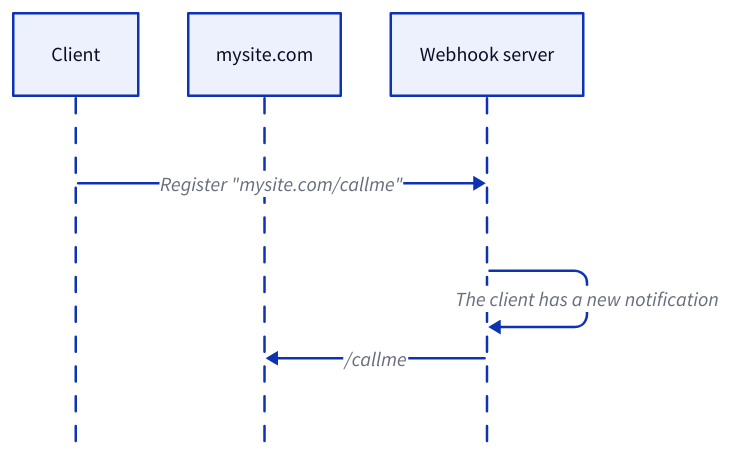
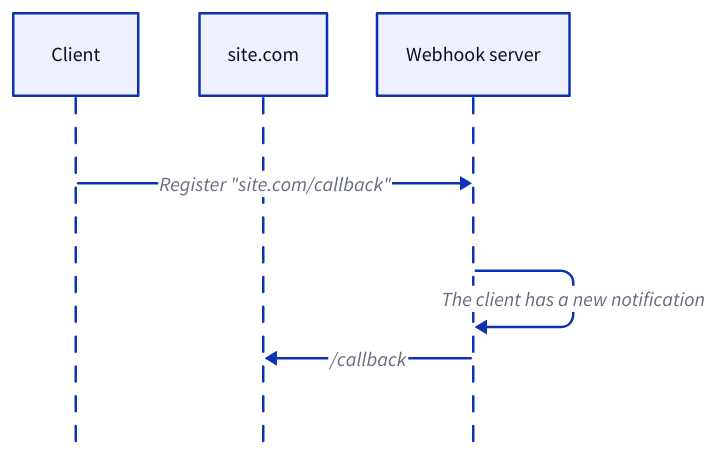
Before and after one commit to link1905/system-design-101: diagram 12 of 12 in content/docs/web-service/communication-protocols/_index.md, drawn with D2. The commit also changed other lines of this file and 14 other files, not shown here.

````diff
--- a/content/docs/web-service/communication-protocols/_index.md
+++ b/content/docs/web-service/communication-protocols/_index.md
@@ -501,16 +504,16 @@
 ```d2
 
 shape: sequence_diagram
 c: Client {
     class: client
 }
-cb: "mysite.com" {
+cb: "site.com" {
   class: server
 }
 s: Webhook server {
     class: server
 }
-c --> s: 'Register "mysite.com/callme"'
+c --> s: 'Register "site.com/callback"'
 s --> s: The client has a new notification
-s --> cb: "/callme"
+s --> cb: "/callback"
 ```
````
